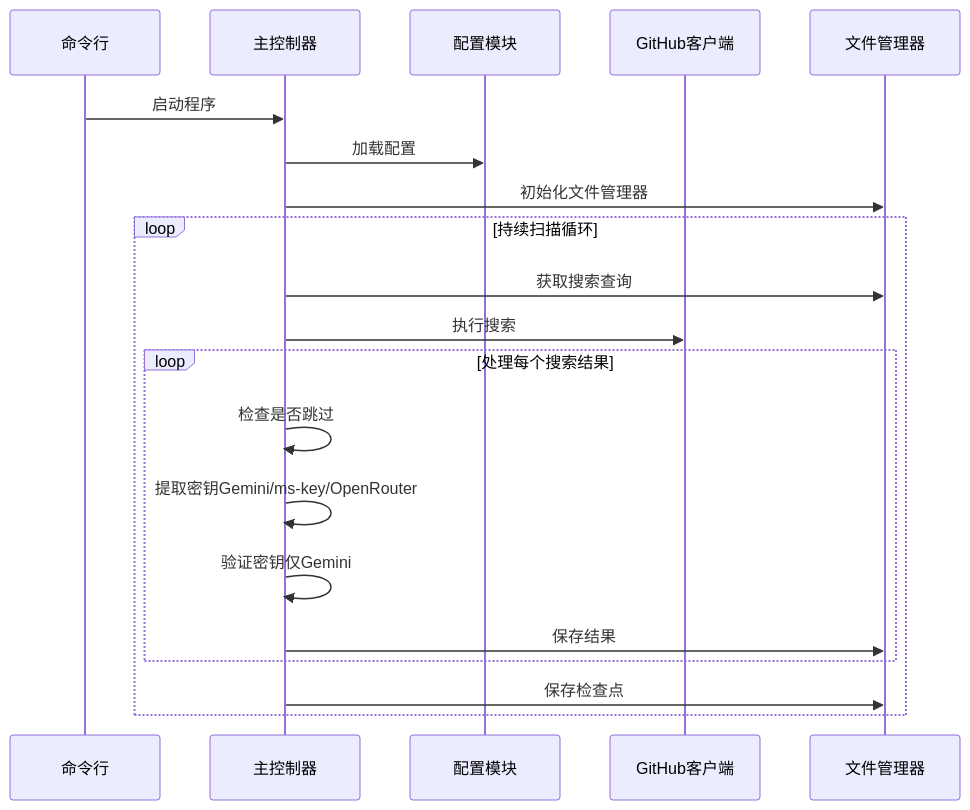
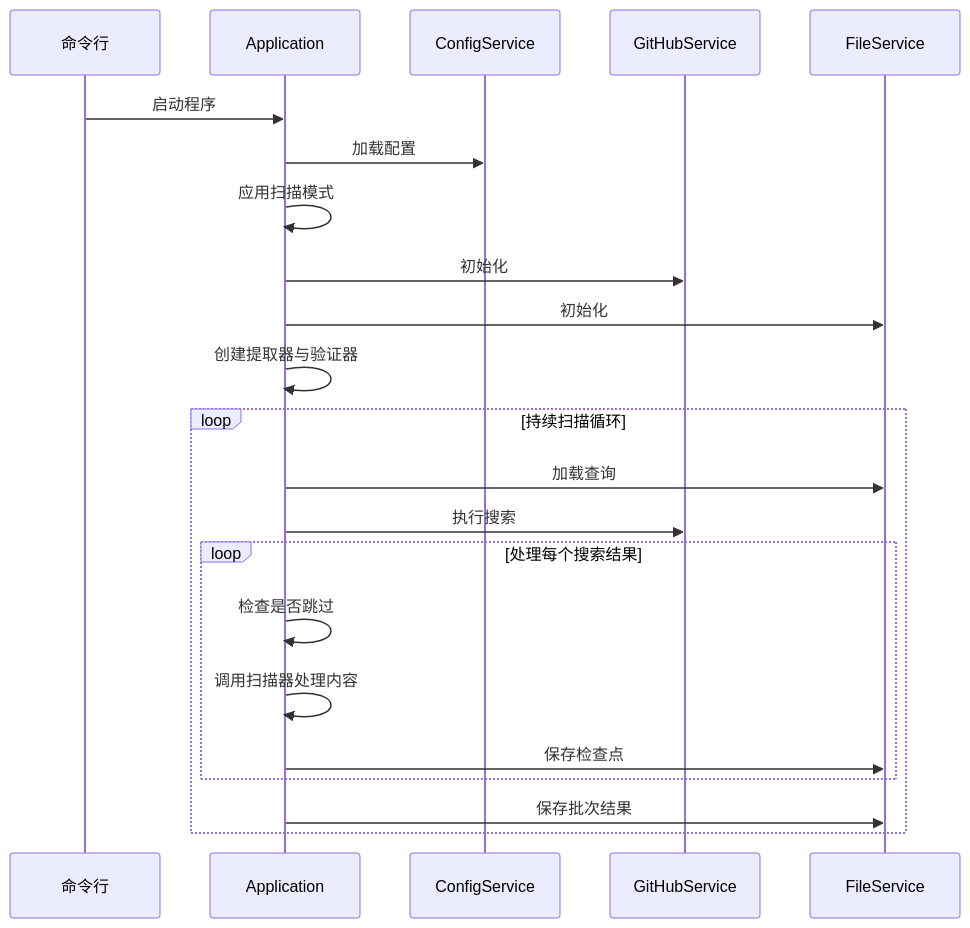
Before and after one commit to james-6-23/APIKEY-king: the second of 8 diagrams in .qoder/repowiki/zh/content/开发者指南/代码架构与模块设计/主控制器设计.md, drawn with Mermaid. The commit also changed other lines of this file and 49 other files, not shown here.

````diff
--- a/.qoder/repowiki/zh/content/开发者指南/代码架构与模块设计/主控制器设计.md
+++ b/.qoder/repowiki/zh/content/开发者指南/代码架构与模块设计/主控制器设计.md
@@ -76,22 +78,24 @@
 ```mermaid
 sequenceDiagram
 participant CLI as 命令行
-participant Main as 主控制器
-participant Config as 配置模块
-participant GitHub as GitHub客户端
-participant FileManager as 文件管理器
-CLI->>Main : 启动程序
-Main->>Config : 加载配置
-Main->>FileManager : 初始化文件管理器
+participant App as Application
+participant ConfigSvc as ConfigService
+participant GitHubSvc as GitHubService
+participant FileSvc as FileService
+CLI->>App : 启动程序
+App->>ConfigSvc : 加载配置
+App->>App : 应用扫描模式
+App->>GitHubSvc : 初始化
+App->>FileSvc : 初始化
+App->>App : 创建提取器与验证器
 loop 持续扫描循环
-Main->>FileManager : 获取搜索查询
-Main->>GitHub : 执行搜索
+App->>FileSvc : 加载查询
+App->>GitHubSvc : 执行搜索
 loop 处理每个搜索结果
-Main->>Main : 检查是否跳过
-Main->>Main : 提取密钥Gemini/ms-key/OpenRouter
-Main->>Main : 验证密钥仅Gemini
-Main->>FileManager : 保存结果
+App->>App : 检查是否跳过
+App->>App : 调用扫描器处理内容
+App->>FileSvc : 保存检查点
 end
-Main->>FileManager : 保存检查点
+App->>FileSvc : 保存批次结果
 end
 ```
````
